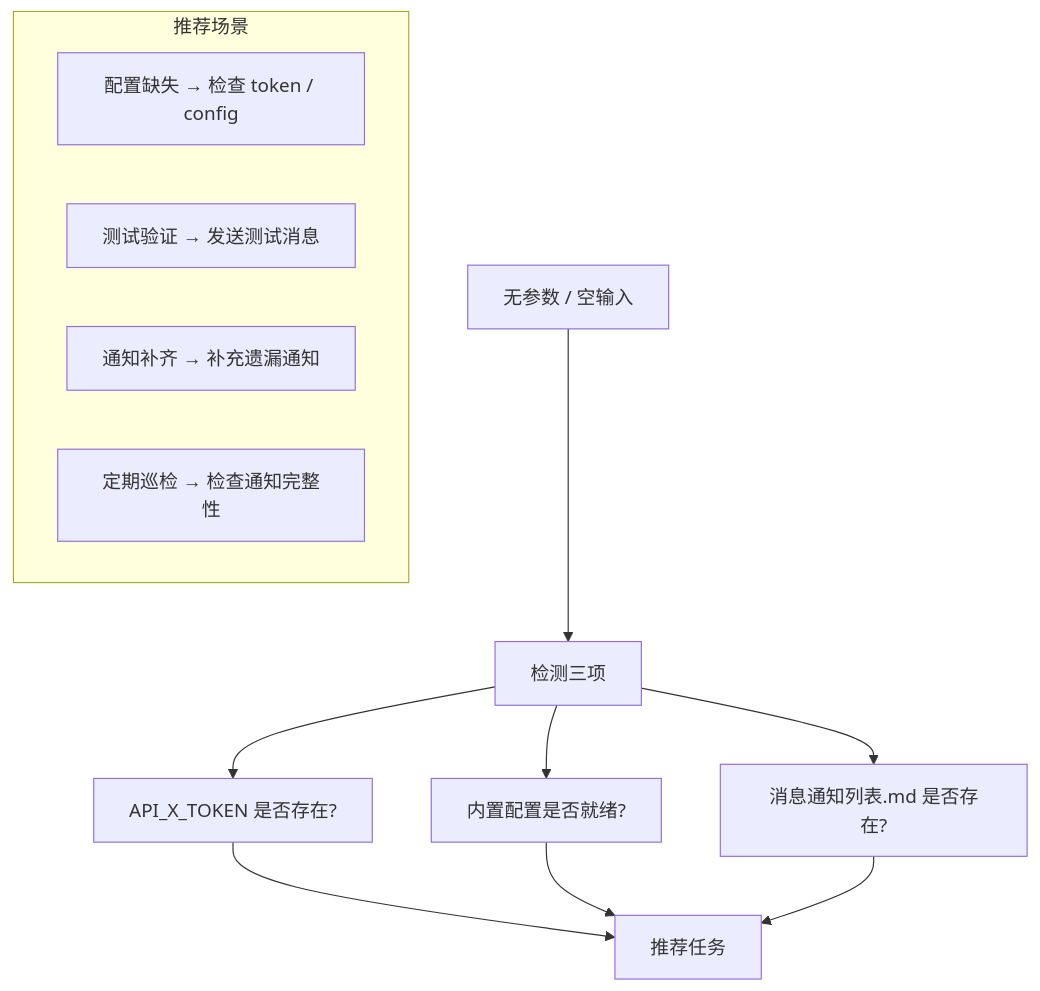
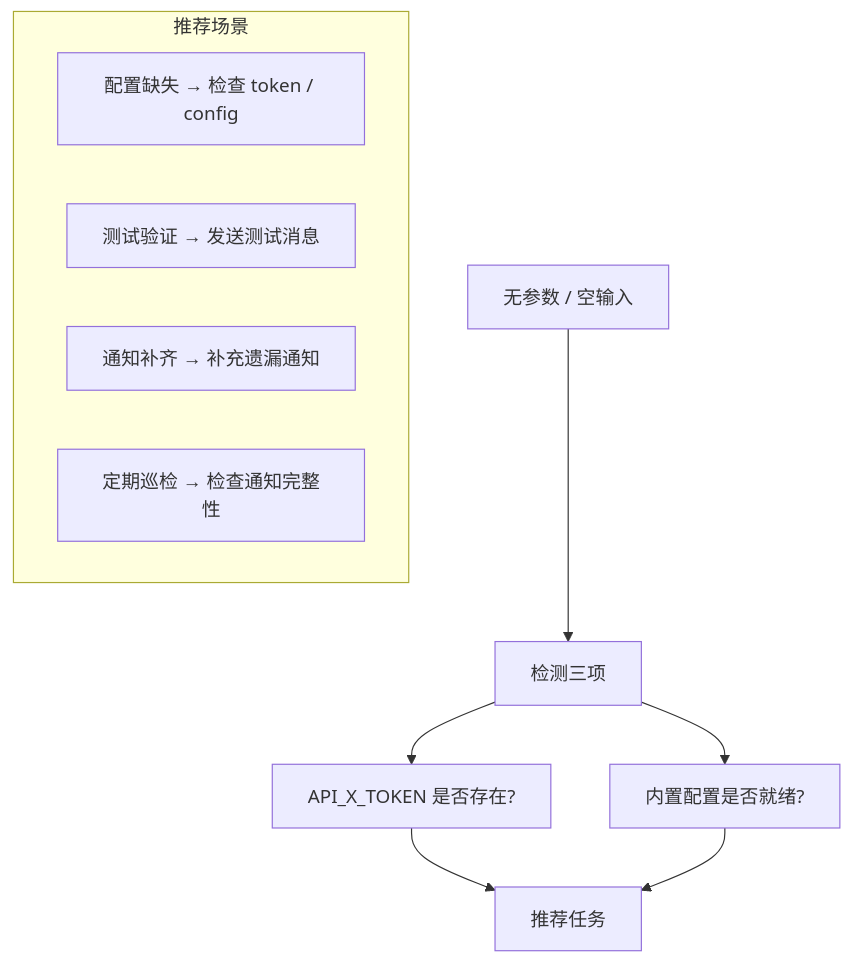
Before and after one commit to effiy/YrY: the eighth of 9 diagrams in skills/rui-bot/SKILL.md, drawn with Mermaid. The commit also changed other lines of this file and 91 other files, not shown here.

````diff
--- a/skills/rui-bot/SKILL.md
+++ b/skills/rui-bot/SKILL.md
@@ -340,17 +292,15 @@
 ```mermaid
 flowchart TD
     EMPTY["无参数 / 空输入"]:::src --> CHECK["检测三项"]:::op
     CHECK --> T1["API_X_TOKEN 是否存在?"]:::check
     CHECK --> T2["内置配置是否就绪?"]:::check
-    CHECK --> T3["消息通知列表.md 是否存在?"]:::check
-
-    T1 & T2 & T3 --> RECOMMEND["推荐任务"]:::out
+    T1 & T2 --> RECOMMEND["推荐任务"]:::out
 
     subgraph 推荐["推荐场景"]
         R1["配置缺失 → 检查 token / config"]:::rec
         R2["测试验证 → 发送测试消息"]:::rec
         R3["通知补齐 → 补充遗漏通知"]:::rec
         R4["定期巡检 → 检查通知完整性"]:::rec
     end
 
 ```
````
